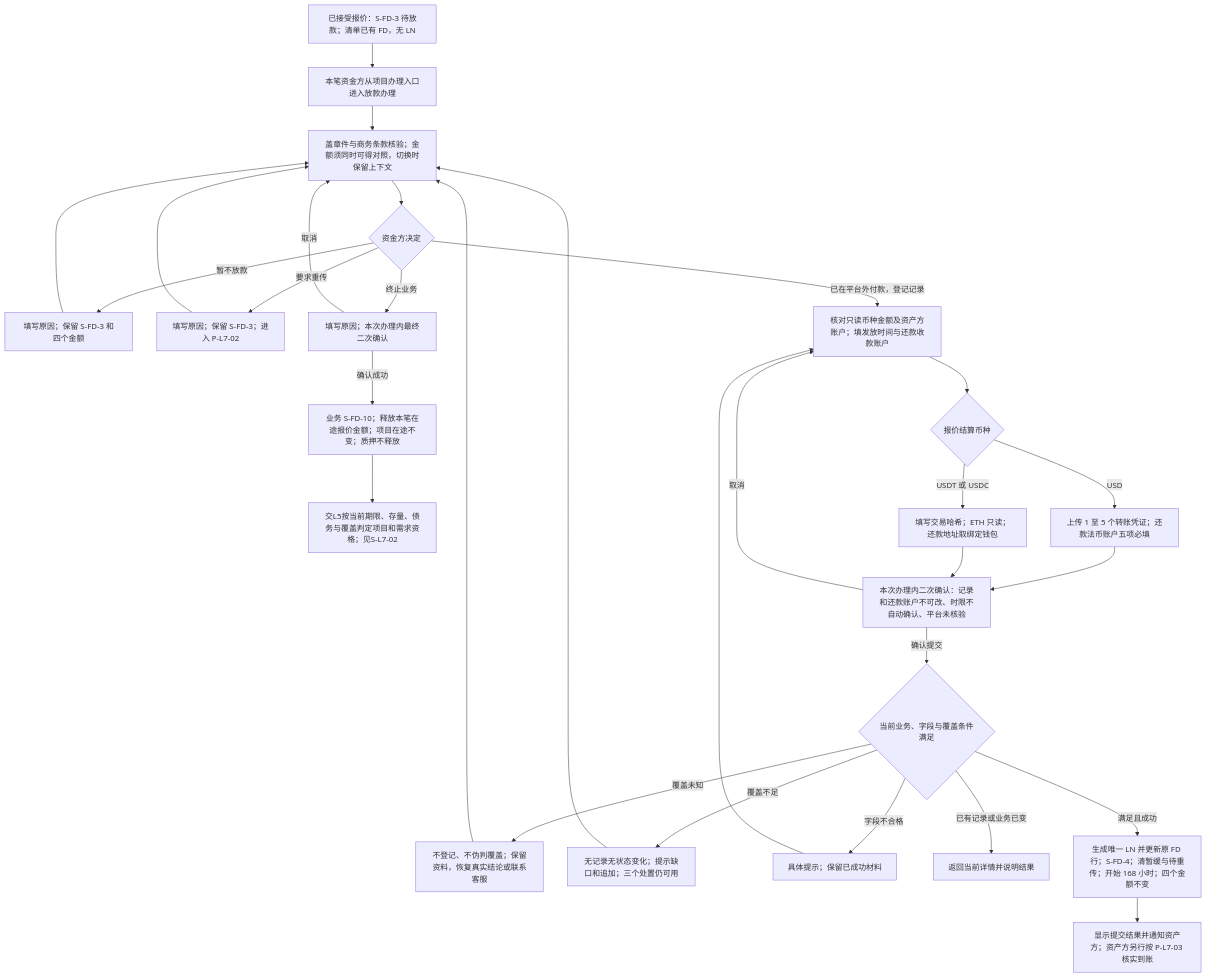
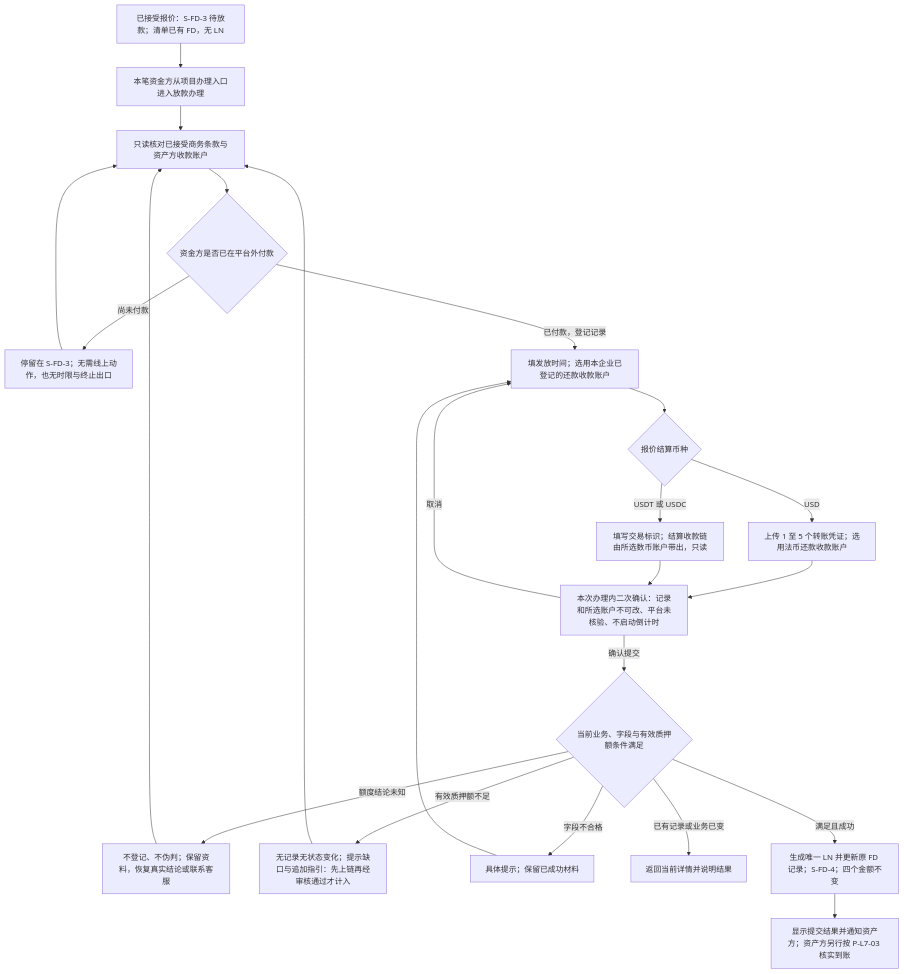
One commit to wxblockchain/Chain-Financing changed the second of 4 diagrams in lending-platform/PRD/v1.0-借贷广场-放款与放款确认/02-放款与放款确认-流程图与状态机.md. Above: the diagram before and after it, drawn with Mermaid. The commit also changed other lines of this file and 5 other files, not shown here.

````diff
--- a/lending-platform/PRD/v1.0-借贷广场-放款与放款确认/02-放款与放款确认-流程图与状态机.md
+++ b/lending-platform/PRD/v1.0-借贷广场-放款与放款确认/02-放款与放款确认-流程图与状态机.md
@@ -46,31 +46,25 @@
 ```mermaid
 flowchart TD
   A[已接受报价：S-FD-3 待放款；清单已有 FD，无 LN] --> B[本笔资金方从项目办理入口进入放款办理]
-  B --> C[盖章件与商务条款核验；金额须同时可得对照，切换时保留上下文]
-  C --> D{资金方决定}
-  D -->|暂不放款| H[填写原因；保留 S-FD-3 和四个金额]
-  H --> C
-  D -->|要求重传| R[填写原因；保留 S-FD-3；进入 P-L7-02]
-  R --> C
-  D -->|终止业务| T[填写原因；本次办理内最终二次确认]
-  T -->|取消| C
-  T -->|确认成功| U[业务 S-FD-10；释放本笔在途报价金额；项目在途不变；质押不释放]
-  U --> Z[交L5按当前期限、存量、债务与覆盖判定项目和需求资格；见S-L7-02]
-  D -->|已在平台外付款，登记记录| F[核对只读币种金额及资产方账户；填发放时间与还款收款账户]
+  B --> C[只读核对已接受商务条款与资产方收款账户]
+  C --> D{资金方是否已在平台外付款}
+  D -->|尚未付款| E[停留在 S-FD-3；无需线上动作，也无时限与终止出口]
+  E --> C
+  D -->|已付款，登记记录| F[填发放时间；选用本企业已登记的还款收款账户]
   F --> G{报价结算币种}
-  G -->|USD| I[上传 1 至 5 个转账凭证；还款法币账户五项必填]
-  G -->|USDT 或 USDC| J[填写交易哈希；ETH 只读；还款地址取绑定钱包]
-  I --> K[本次办理内二次确认：记录和还款账户不可改、时限不自动确认、平台未核验]
+  G -->|USD| I[上传 1 至 5 个转账凭证；选用法币还款收款账户]
+  G -->|USDT 或 USDC| J[填写交易标识；结算收款链由所选数币账户带出，只读]
+  I --> K[本次办理内二次确认：记录和所选账户不可改、平台未核验、不启动倒计时]
   J --> K
   K -->|取消| F
-  K -->|确认提交| V{当前业务、字段与覆盖条件满足}
-  V -->|覆盖未知| WU[不登记、不伪判覆盖；保留资料，恢复真实结论或联系客服]
+  K -->|确认提交| V{当前业务、字段与有效质押额条件满足}
+  V -->|额度结论未知| WU[不登记、不伪判；保留资料，恢复真实结论或联系客服]
   WU --> C
-  V -->|覆盖不足| W[无记录无状态变化；提示缺口和追加；三个处置仍可用]
+  V -->|有效质押额不足| W[无记录无状态变化；提示缺口与追加指引：先上链再经审核通过才计入]
   W --> C
   V -->|字段不合格| X[具体提示；保留已成功材料]
   X --> F
   V -->|已有记录或业务已变| Y[返回当前详情并说明结果]
-  V -->|满足且成功| N[生成唯一 LN 并更新原 FD 行；S-FD-4；清暂缓与待重传；开始 168 小时；四个金额不变]
+  V -->|满足且成功| N[生成唯一 LN 并更新原 FD 记录；S-FD-4；四个金额不变]
   N --> O[显示提交结果并通知资产方；资产方另行按 P-L7-03 核实到账]
 ```
````
